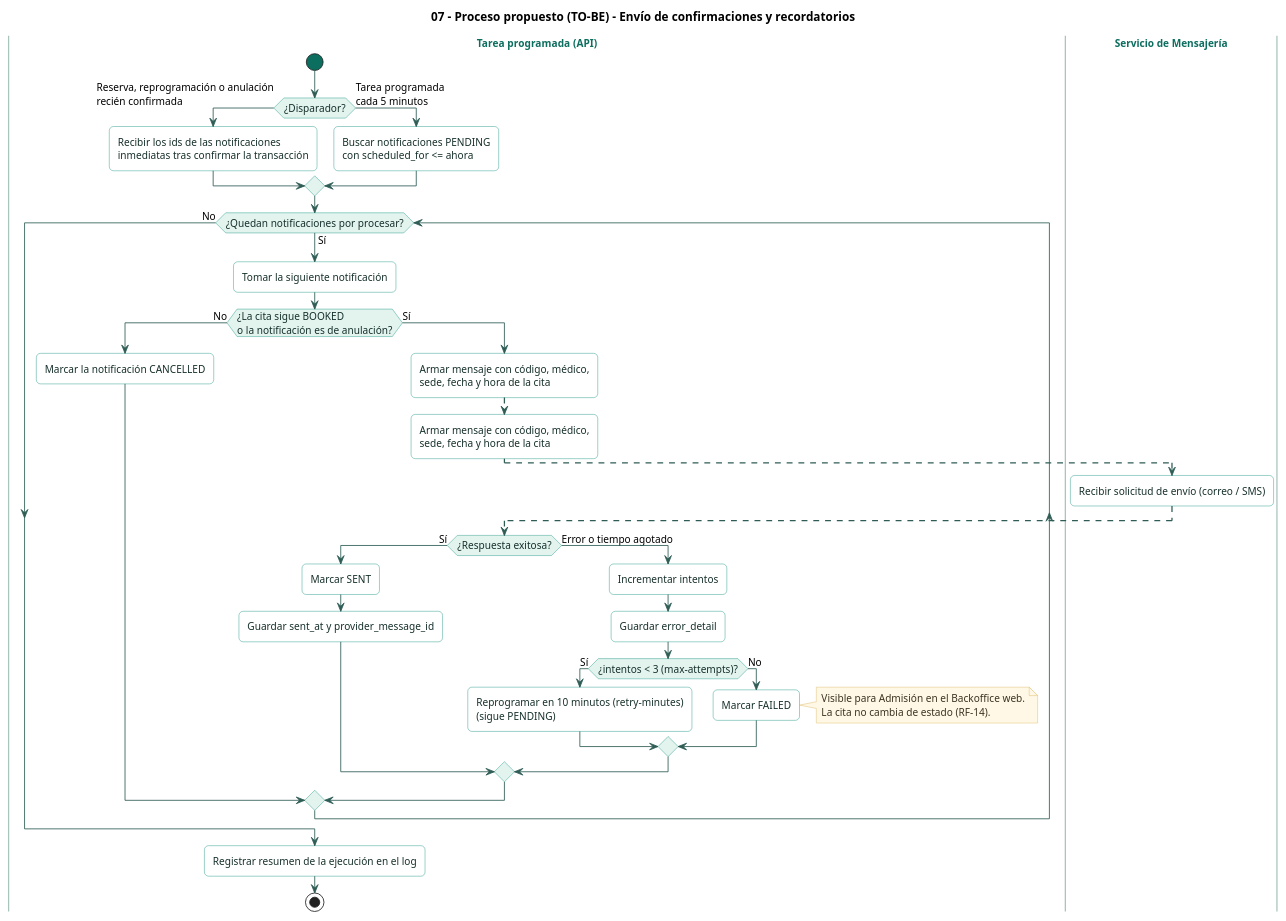
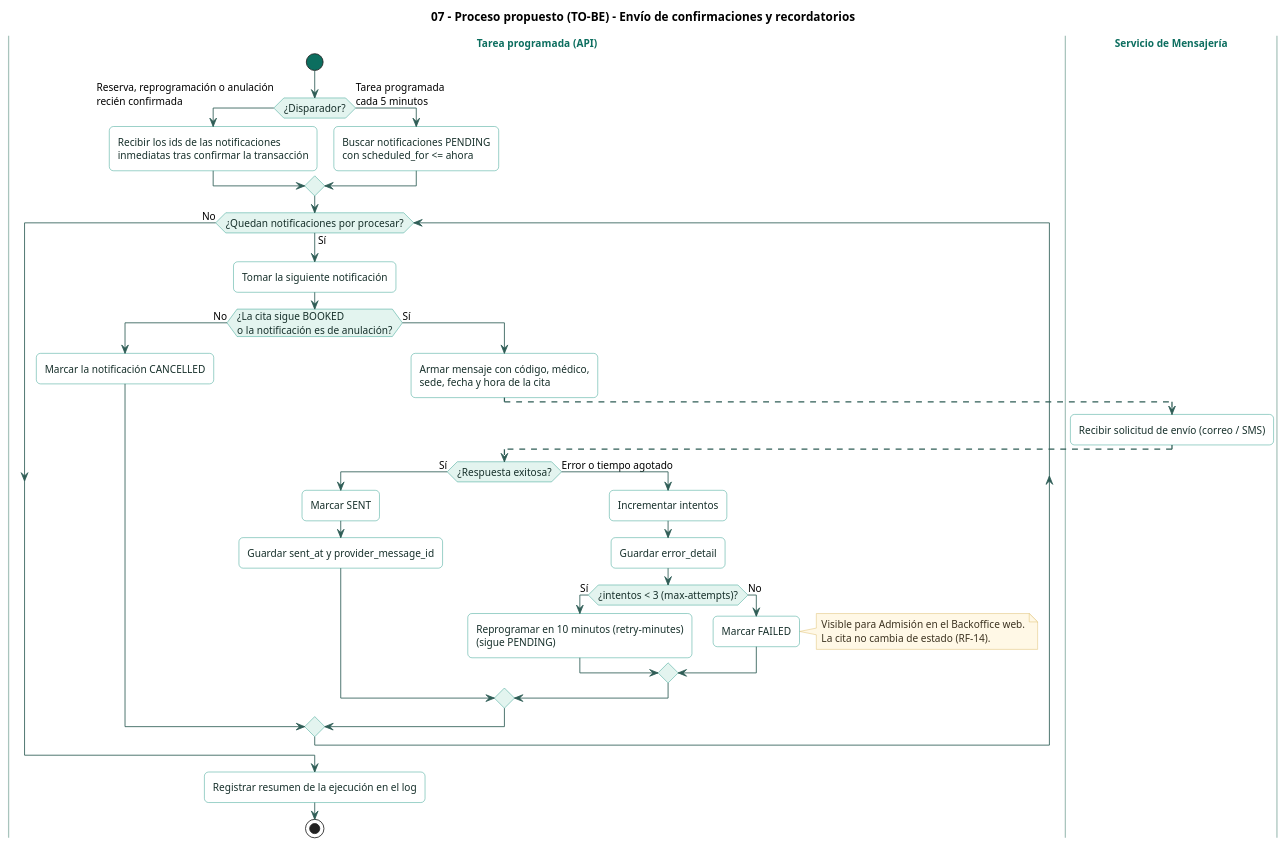
Before and after one commit to Jimena-CC/ProyectoCitasMedicas: the diagram in docs/diagrams/07-process-notifications.puml, drawn with PlantUML. The commit also changed 269 other files, not shown here.

```diff
--- a/docs/diagrams/07-process-notifications.puml
+++ b/docs/diagrams/07-process-notifications.puml
@@ -1,77 +1,71 @@
 @startuml
 title 07 - Proceso propuesto (TO-BE) - Envío de confirmaciones y recordatorios
 
 skinparam shadowing false
 skinparam roundCorner 10
 skinparam defaultFontName "Helvetica"
 skinparam defaultFontSize 12
 skinparam ArrowColor #2F5D56
 skinparam SwimlaneBorderColor #A9C4BD
 skinparam SwimlaneTitleFontColor #0C6E5F
 skinparam SwimlaneTitleFontStyle bold
 skinparam activity {
   BackgroundColor #FFFFFF
   BorderColor #13917D
   FontColor #17302B
   DiamondBackgroundColor #E3F4EF
   DiamondBorderColor #13917D
   StartColor #0C6E5F
   EndColor #0C6E5F
 }
 skinparam note {
   BackgroundColor #FFF8E6
   BorderColor #D9B45A
   FontColor #3D3321
 }
 
 |Tarea programada (API)|
 |Servicio de Mensajería|
 
 |Tarea programada (API)|
-|Servicio de Mensajería|
-
-|Tarea programada (API)|
 start
 if (¿Disparador?) then (Reserva, reprogramación o anulación\nrecién confirmada)
   :Recibir los ids de las notificaciones\ninmediatas tras confirmar la transacción;
 else (Tarea programada\ncada 5 minutos)
   :Buscar notificaciones PENDING\ncon scheduled_for <= ahora;
 endif
 
 while (¿Quedan notificaciones por procesar?) is (Sí)
   :Tomar la siguiente notificación;
   if (¿La cita sigue BOOKED\no la notificación es de anulación?) then (No)
     :Marcar la notificación CANCELLED;
   else (Sí)
     :Armar mensaje con código, médico,\nsede, fecha y hora de la cita;
     -[#2F5D56,dashed]->
-    :Armar mensaje con código, médico,\nsede, fecha y hora de la cita;
-    -[#2F5D56,dashed]->
     |Servicio de Mensajería|
     :Recibir solicitud de envío (correo / SMS);
-    -[#2F5D56,dashed]->
     -[#2F5D56,dashed]->
     |Tarea programada (API)|
     if (¿Respuesta exitosa?) then (Sí)
       :Marcar SENT;
       :Guardar sent_at y provider_message_id;
     else (Error o tiempo agotado)
       :Incrementar intentos;
       :Guardar error_detail;
       if (¿intentos < 3 (max-attempts)?) then (Sí)
         :Reprogramar en 10 minutos (retry-minutes)\n(sigue PENDING);
       else (No)
         :Marcar FAILED;
         note right
           Visible para Admisión en el Backoffice web.
           La cita no cambia de estado (RF-14).
         end note
       endif
     endif
   endif
 endwhile (No)
 
 :Registrar resumen de la ejecución en el log;
 stop
 
 @enduml
```
